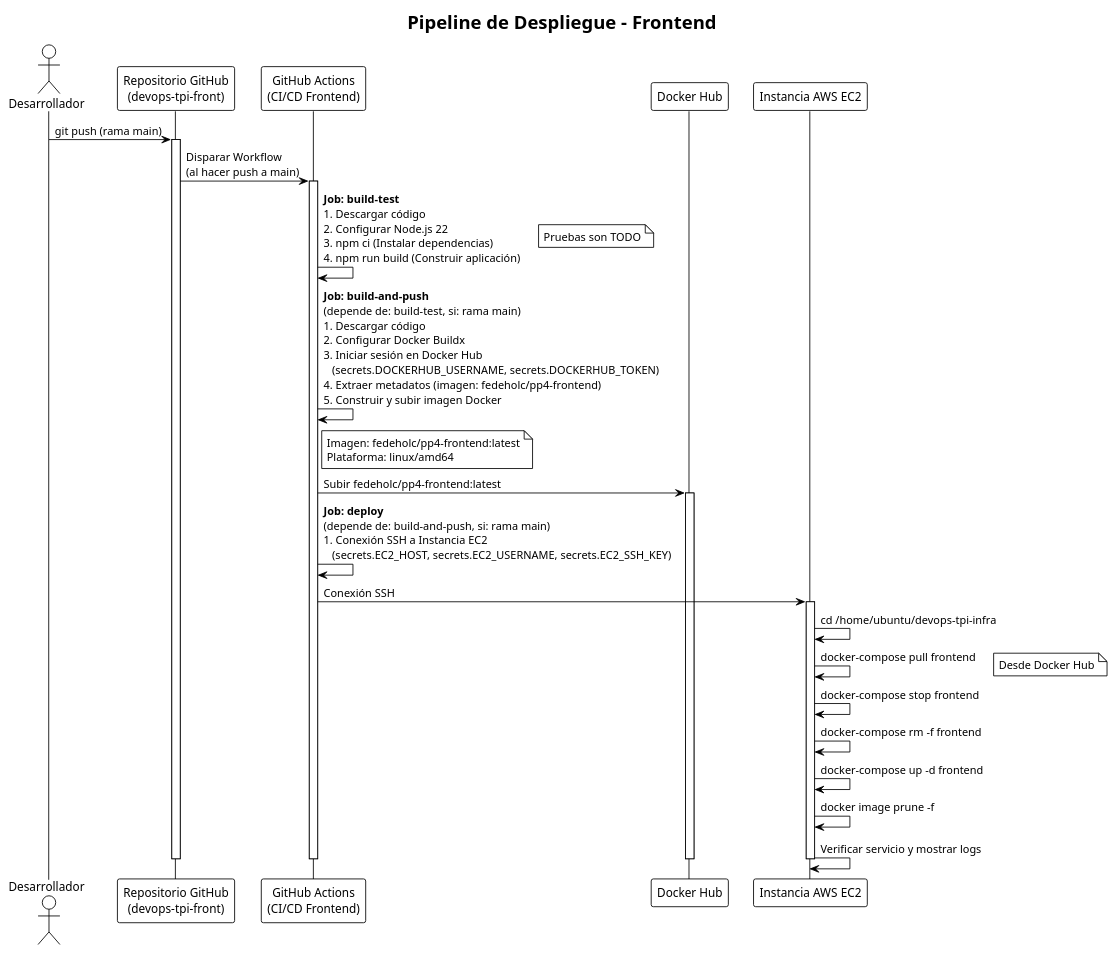
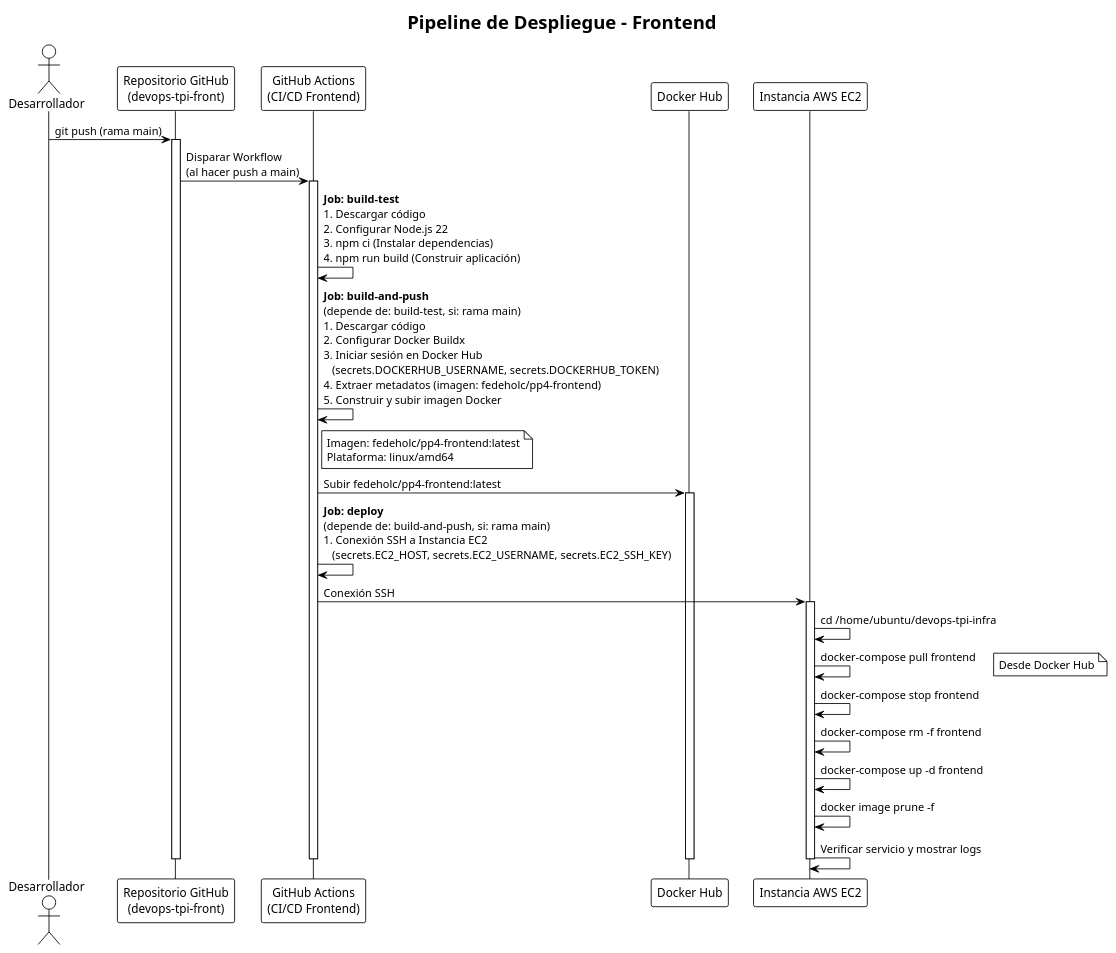
One commit to fedeholc/devops-tpi-infra changed the diagram in diagrama-pipeline-frontend.puml. Above: the diagram before and after it, drawn with PlantUML. The commit also changed 6 other files, not shown here.

Commit message:
Update readme and diagrams

```diff
--- a/diagrama-pipeline-frontend.puml
+++ b/diagrama-pipeline-frontend.puml
@@ -2,47 +2,46 @@
 @startuml Pipeline Despliegue Frontend
 !theme plain
 skinparam backgroundColor #FFFFFF
-skinparam handwritten false
 skinparam shadowing false
 
 title Pipeline de Despliegue - Frontend
 
 actor Desarrollador as dev
 participant "Repositorio GitHub\n(devops-tpi-front)" as gh_front
 participant "GitHub Actions\n(CI/CD Frontend)" as ga_front
 participant "Docker Hub" as dh
 participant "Instancia AWS EC2" as ec2
 
 dev -> gh_front: git push (rama main)
 activate gh_front
 
 gh_front -> ga_front: Disparar Workflow\n(al hacer push a main)
 activate ga_front
 ga_front -> ga_front: **Job: build-test**\n1. Descargar código\n2. Configurar Node.js 22\n3. npm ci (Instalar dependencias)\n4. npm run build (Construir aplicación)
-note right: Pruebas son TODO
+
 
 ga_front -> ga_front: **Job: build-and-push**\n(depende de: build-test, si: rama main)\n1. Descargar código\n2. Configurar Docker Buildx\n3. Iniciar sesión en Docker Hub\n   (secrets.DOCKERHUB_USERNAME, secrets.DOCKERHUB_TOKEN)\n4. Extraer metadatos (imagen: fedeholc/pp4-frontend)\n5. Construir y subir imagen Docker
 note right of ga_front
   Imagen: fedeholc/pp4-frontend:latest
   Plataforma: linux/amd64
 end note
 ga_front -> dh: Subir fedeholc/pp4-frontend:latest
 activate dh
 
 ga_front -> ga_front: **Job: deploy**\n(depende de: build-and-push, si: rama main)\n1. Conexión SSH a Instancia EC2\n   (secrets.EC2_HOST, secrets.EC2_USERNAME, secrets.EC2_SSH_KEY)
 ga_front -> ec2: Conexión SSH
 activate ec2
 ec2 -> ec2: cd /home/ubuntu/devops-tpi-infra
 ec2 -> ec2: docker-compose pull frontend
 note right: Desde Docker Hub
 ec2 -> ec2: docker-compose stop frontend
 ec2 -> ec2: docker-compose rm -f frontend
 ec2 -> ec2: docker-compose up -d frontend
 ec2 -> ec2: docker image prune -f
 ec2 -> ec2: Verificar servicio y mostrar logs
 deactivate ec2
 deactivate dh
 deactivate ga_front
 deactivate gh_front
 
 @enduml
```
